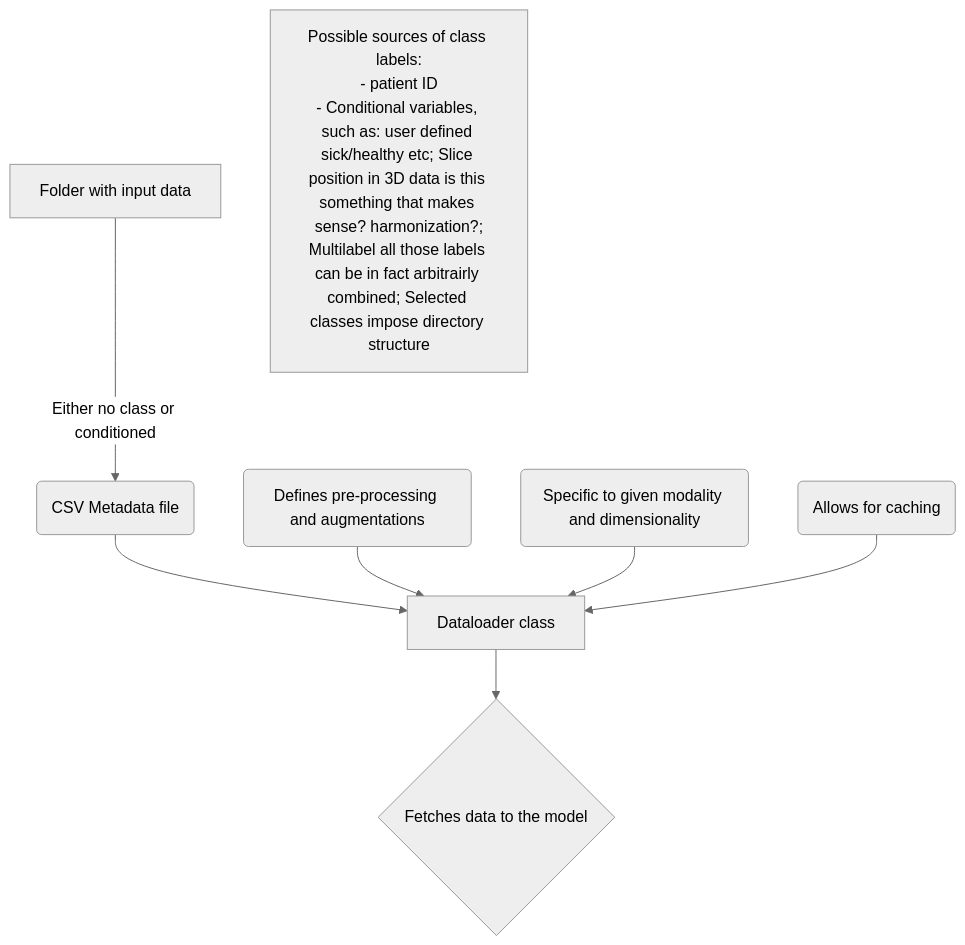
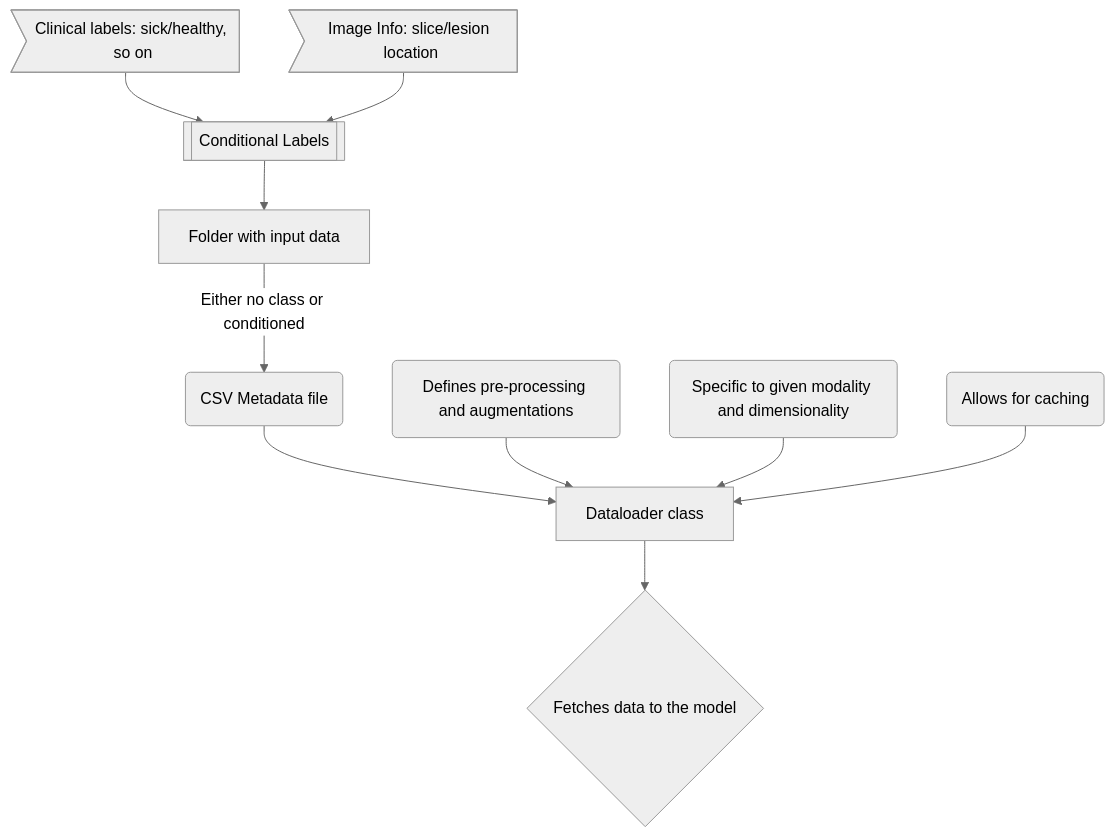
The diagram in mermaid/dataloading.md (mlcommons/GaNDLF-Synth), drawn with Mermaid (neutral theme) before and after one commit.

````diff
--- a/mermaid/dataloading.md
+++ b/mermaid/dataloading.md
@@ -1,13 +1,12 @@
 ```mermaid
 flowchart TD
+    L0>Clinical labels: sick/healthy, so on] -->Labels
+    L1>Image Info: slice/lesion location] -->Labels
+    Labels[[Conditional Labels]] -->A
     A[Folder with input data] -->|Either no class or conditioned| B(CSV Metadata file)
     B --> C[Dataloader class]
     D(Defines pre-processing and augmentations) --> C
     E(Specific to given modality and dimensionality) --> C
     F(Allows for caching) --> C 
     C --> G{Fetches data to the model}
-    H[Possible sources of class labels:
-- patient ID
-- Conditional variables, such as: user defined sick/healthy etc; Slice position in 3D data is this something that makes sense? harmonization?;
-Multilabel all those labels can be in fact arbitrairly combined; Selected classes impose directory structure]
 ```
````
